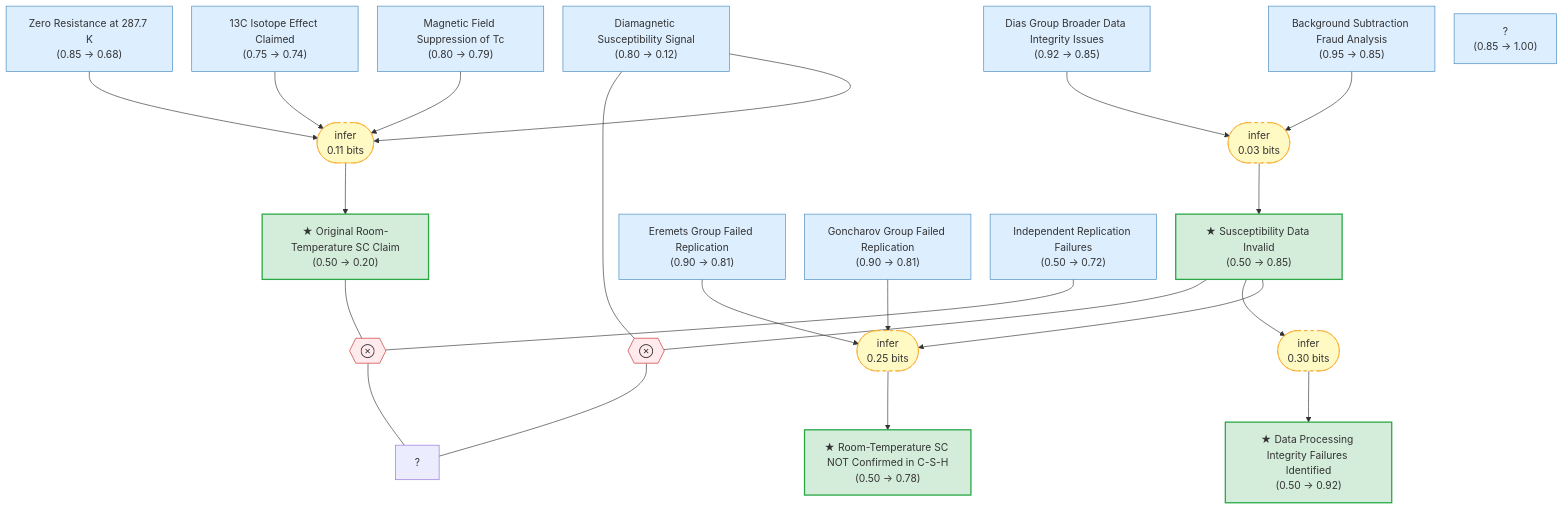
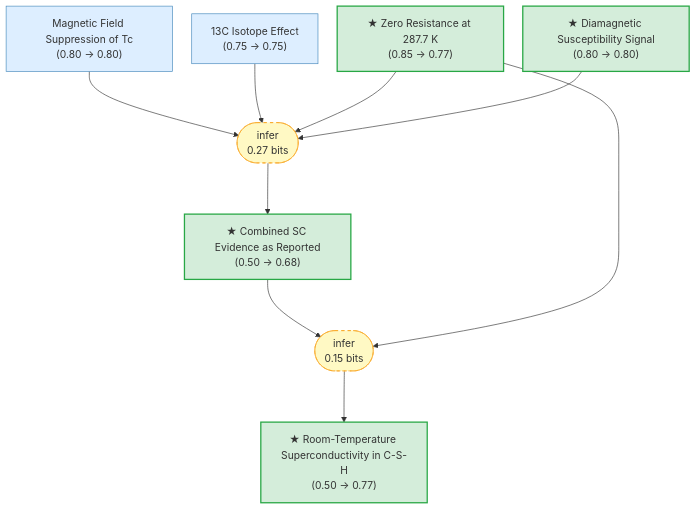
The diagram in .github-output/README.md (kunyuan/csh-superconductivity-gaia), drawn with Mermaid before and after one commit. The commit also changed other lines of this file and 25 other files, not shown here.

````diff
--- a/.github-output/README.md
+++ b/.github-output/README.md
@@ -15,55 +15,30 @@
 ```mermaid
 ---
 config:
   flowchart:
     rankSpacing: 80
     nodeSpacing: 30
 ---
 graph TB
-    resistance_observation["Zero Resistance at 287.7 K\n(0.85 → 0.68)"]:::premise
-    susceptibility_observation["Diamagnetic Susceptibility Signal\n(0.80 → 0.12)"]:::premise
-    field_suppression["Magnetic Field Suppression of Tc\n(0.80 → 0.79)"]:::premise
-    isotope_effect_observed["13C Isotope Effect Claimed\n(0.75 → 0.74)"]:::premise
-    original_sc_claim["★ Original Room-Temperature SC Claim\n(0.50 → 0.20)"]:::exported
-    background_subtraction_fraud["Background Subtraction Fraud Analysis\n(0.95 → 0.85)"]:::premise
-    susceptibility_data_invalid["★ Susceptibility Data Invalid\n(0.50 → 0.85)"]:::exported
-    eremets_failed_replication["Eremets Group Failed Replication\n(0.90 → 0.81)"]:::premise
-    goncharov_failed_replication["Goncharov Group Failed Replication\n(0.90 → 0.81)"]:::premise
-    dias_broader_issues["Dias Group Broader Data Integrity Issues\n(0.92 → 0.85)"]:::premise
-    rtsc_not_confirmed["★ Room-Temperature SC NOT Confirmed in C-S-H\n(0.50 → 0.78)"]:::exported
-    data_integrity_failure["★ Data Processing Integrity Failures Identified\n(0.50 → 0.92)"]:::exported
-    x["?\n(0.93 → 1.00)"]:::premise
-    x["?\n(0.85 → 1.00)"]:::premise
-    replication_failure["Independent Replication Failures\n(0.50 → 0.72)"]:::premise
-    strat_0(["infer\n0.03 bits"]):::weak
-    background_subtraction_fraud --> strat_0
-    dias_broader_issues --> strat_0
-    strat_0 --> susceptibility_data_invalid
-    strat_1(["infer\n0.25 bits"]):::weak
-    eremets_failed_replication --> strat_1
-    goncharov_failed_replication --> strat_1
-    susceptibility_data_invalid --> strat_1
-    strat_1 --> rtsc_not_confirmed
-    strat_2(["infer\n0.11 bits"]):::weak
-    field_suppression --> strat_2
-    isotope_effect_observed --> strat_2
-    resistance_observation --> strat_2
-    susceptibility_observation --> strat_2
-    strat_2 --> original_sc_claim
-    strat_3(["infer\n0.30 bits"]):::weak
-    susceptibility_data_invalid --> strat_3
-    strat_3 --> data_integrity_failure
-    oper_0{{"⊗"}}:::contra
-    susceptibility_data_invalid --- oper_0
-    susceptibility_observation --- oper_0
-    oper_0 --- ?
-    oper_1{{"⊗"}}:::contra
-    replication_failure --- oper_1
-    original_sc_claim --- oper_1
-    oper_1 --- ?
+    resistance_observation["★ Zero Resistance at 287.7 K\n(0.85 → 0.77)"]:::exported
+    susceptibility_observation["★ Diamagnetic Susceptibility Signal\n(0.80 → 0.80)"]:::exported
+    field_suppression["Magnetic Field Suppression of Tc\n(0.80 → 0.80)"]:::premise
+    isotope_effect_observed["13C Isotope Effect\n(0.75 → 0.75)"]:::premise
+    original_sc_evidence["★ Combined SC Evidence as Reported\n(0.50 → 0.68)"]:::exported
+    room_temperature_sc["★ Room-Temperature Superconductivity in C-S-H\n(0.50 → 0.77)"]:::exported
+    strat_0(["infer\n0.27 bits"]):::weak
+    field_suppression --> strat_0
+    isotope_effect_observed --> strat_0
+    resistance_observation --> strat_0
+    susceptibility_observation --> strat_0
+    strat_0 --> original_sc_evidence
+    strat_1(["infer\n0.15 bits"]):::weak
+    original_sc_evidence --> strat_1
+    resistance_observation --> strat_1
+    strat_1 --> room_temperature_sc
 
     classDef premise fill:#ddeeff,stroke:#4488bb,color:#333
     classDef exported fill:#d4edda,stroke:#28a745,stroke-width:2px,color:#333
     classDef weak fill:#fff9c4,stroke:#f9a825,stroke-dasharray: 5 5,color:#333
     classDef contra fill:#ffebee,stroke:#c62828,color:#333
 ```
````
